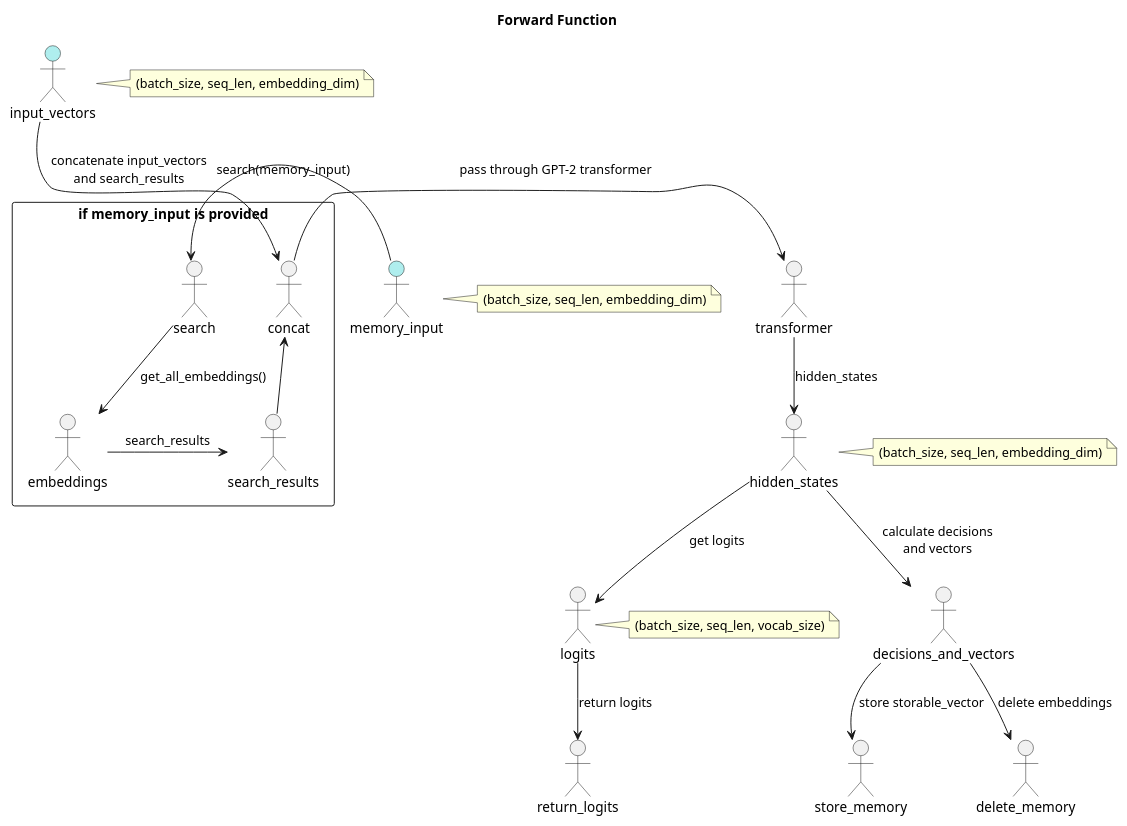
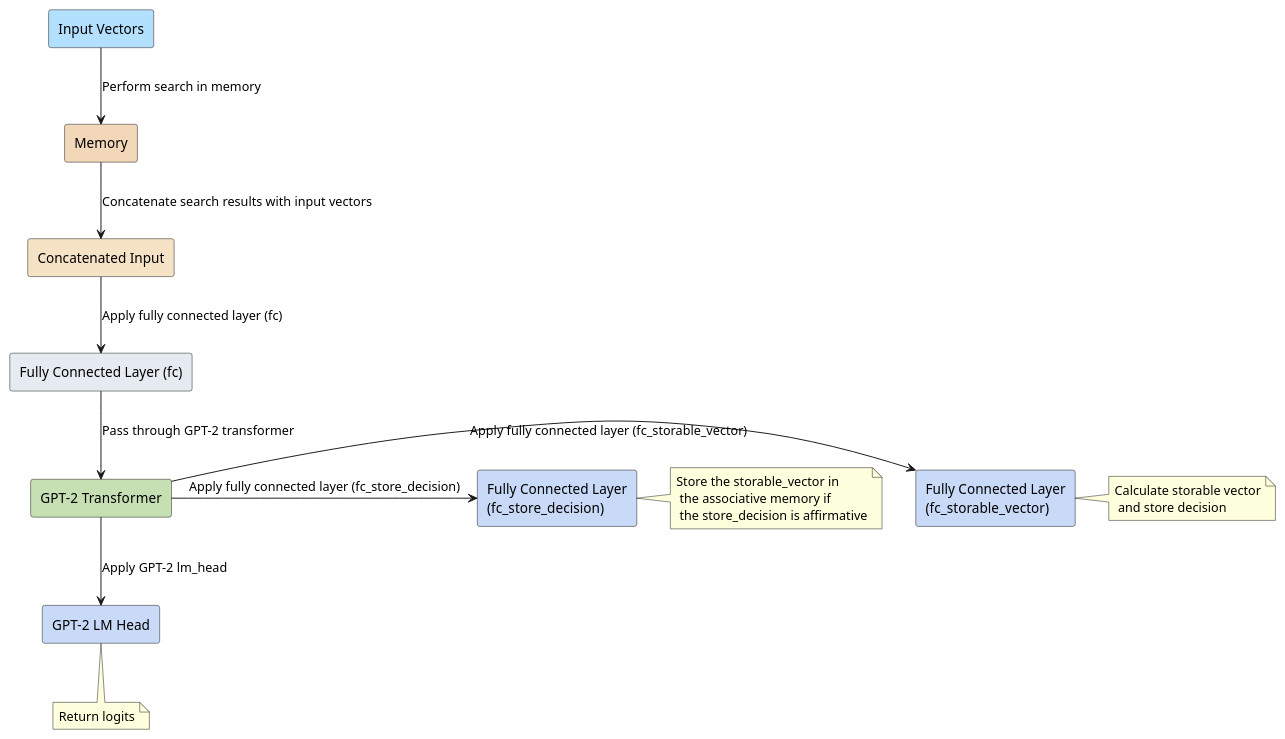
The second of 4 diagrams in README.md (ixaxaar/VardaGPT), drawn with PlantUML before and after one commit. The commit also changed 2 other files, not shown here.

Commit message:
clean readme and docs

````diff
--- a/README.md
+++ b/README.md
@@ -94,42 +94,27 @@
 ```plantuml
 @startuml
-title Forward Function
 
-actor "input_vectors" as input_vectors #AFEEEE
-actor "memory_input" as memory_input #AFEEEE
+rectangle "Input Vectors" as input #b3e0ff
+rectangle "Memory" as memory #f2d7b9
+rectangle "Concatenated Input" as concatenated_input #f6e3c6
+rectangle "Fully Connected Layer (fc)" as fc #e5ebf0
+rectangle "GPT-2 Transformer" as transformer #c6e0b4
+rectangle "GPT-2 LM Head" as lm_head #c9daf8
+rectangle "Fully Connected Layer\n(fc_storable_vector)" as fc_storable_vector #c9daf8
+rectangle "Fully Connected Layer\n(fc_store_decision)" as fc_store_decision #c9daf8
 
-note right of input_vectors
-  (batch_size, seq_len, embedding_dim)
-end note
+input -down-> memory : Perform search in memory
+memory -down-> concatenated_input : Concatenate search results with input vectors
+concatenated_input -down-> fc : Apply fully connected layer (fc)
+fc -down-> transformer : Pass through GPT-2 transformer
+transformer -down-> lm_head : Apply GPT-2 lm_head
+transformer -right-> fc_storable_vector : Apply fully connected layer (fc_storable_vector)
+transformer -right-> fc_store_decision : Apply fully connected layer (fc_store_decision)
 
-note right of memory_input
-  (batch_size, seq_len, embedding_dim)
-end note
-
-rectangle "if memory_input is provided" {
-  input_vectors -down-> concat : "concatenate input_vectors\nand search_results"
-  memory_input -> search : "search(memory_input)"
-  search --> embeddings : "get_all_embeddings()"
-  embeddings -> search_results : "search_results"
-  search_results -up-> concat
-}
-
-concat -> transformer : "pass through GPT-2 transformer"
-transformer --> hidden_states : "hidden_states"
-note right of hidden_states
-  (batch_size, seq_len, embedding_dim)
-end note
-
-hidden_states --> logits : "get logits"
-note right of logits
-  (batch_size, seq_len, vocab_size)
-end note
-
-hidden_states --> decisions_and_vectors : "calculate decisions\nand vectors"
-decisions_and_vectors --> store_memory : "store storable_vector"
-decisions_and_vectors --> delete_memory : "delete embeddings"
-
-logits --> return_logits : "return logits"
+note right of fc_storable_vector: Calculate storable vector\n and store decision
+note right of fc_store_decision: Store the storable_vector in\n the associative memory if\n the store_decision is affirmative
+note bottom of lm_head: Return logits
 
 @enduml
+
 ```
````
